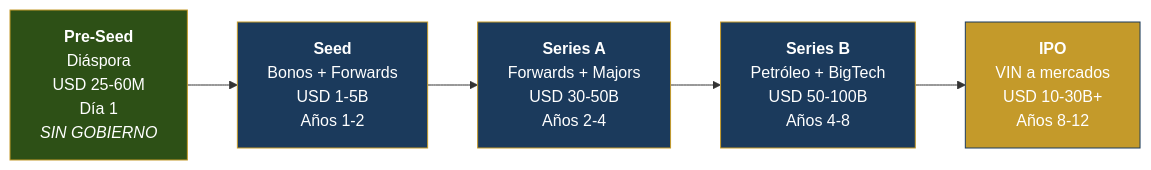
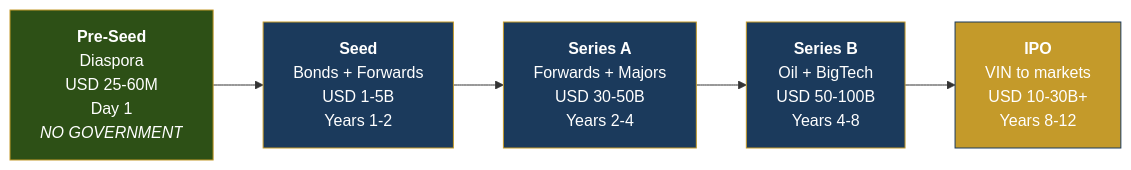
The second of 3 diagrams in i18n/en/docusaurus-plugin-content-docs/current/08-pitch/resumen-ejecutivo.md (Venezuela-S-A/venezuela-sa), drawn with Mermaid before and after one commit. The commit also changed other lines of this file and 127 other files, not shown here.

````diff
--- a/i18n/en/docusaurus-plugin-content-docs/current/08-pitch/resumen-ejecutivo.md
+++ b/i18n/en/docusaurus-plugin-content-docs/current/08-pitch/resumen-ejecutivo.md
@@ -52,13 +52,13 @@
 ```mermaid
 flowchart LR
-    PS["<b>Pre-Seed</b><br/>Diáspora<br/>USD 25-60M<br/>Día 1<br/><i>SIN GOBIERNO</i>"] --> S["<b>Seed</b><br/>Bonos + Forwards<br/>USD 1-5B<br/>Años 1-2"]
-    S --> A["<b>Series A</b><br/>Forwards + Majors<br/>USD 30-50B<br/>Años 2-4"]
-    A --> B["<b>Series B</b><br/>Petróleo + BigTech<br/>USD 50-100B<br/>Años 4-8"]
-    B --> IPO["<b>IPO</b><br/>VIN a mercados<br/>USD 10-30B+<br/>Años 8-12"]
+    PS["<b>Pre-Seed</b><br/>Diaspora<br/>USD 25-60M<br/>Day 1<br/><i>NO GOVERNMENT</i>"] --> S["<b>Seed</b><br/>Bonds + Forwards<br/>USD 1-5B<br/>Years 1-2"]
+    S --> A["<b>Series A</b><br/>Forwards + Majors<br/>USD 30-50B<br/>Years 2-4"]
+    A --> B["<b>Series B</b><br/>Oil + BigTech<br/>USD 50-100B<br/>Years 4-8"]
+    B --> IPO["<b>IPO</b><br/>VIN to markets<br/>USD 10-30B+<br/>Years 8-12"]
 
     style PS fill:#2d5016,stroke:#C49A2A,color:#fff
     style S fill:#1B3A5C,stroke:#C49A2A,color:#fff
     style A fill:#1B3A5C,stroke:#C49A2A,color:#fff
     style B fill:#1B3A5C,stroke:#C49A2A,color:#fff
     style IPO fill:#C49A2A,stroke:#1B3A5C,color:#fff
 ```
````
